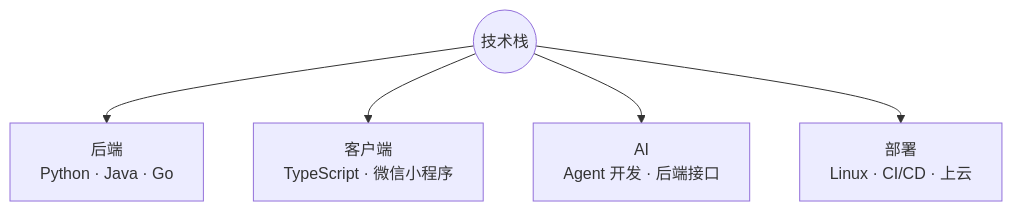
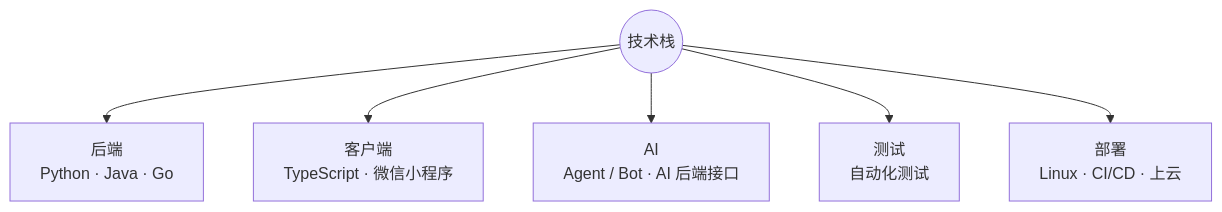
The first of 2 diagrams in Readme.md (Wayne-Musk/Wayne-), drawn with Mermaid before and after one commit. The commit also changed other lines of this file, not shown here.

Commit message:
Polish bilingual README and update stack diagrams

````diff
--- a/Readme.md
+++ b/Readme.md
@@ -27,8 +27,9 @@
 ```mermaid
 flowchart TB
     root((技术栈))
     root --> backend["后端<br/>Python · Java · Go"]
     root --> client["客户端<br/>TypeScript · 微信小程序"]
-    root --> ai["AI<br/>Agent 开发 · 后端接口"]
+    root --> ai["AI<br/>Agent / Bot · AI 后端接口"]
+    root --> qa["测试<br/>自动化测试"]
     root --> ops["部署<br/>Linux · CI/CD · 上云"]
 ```
````
